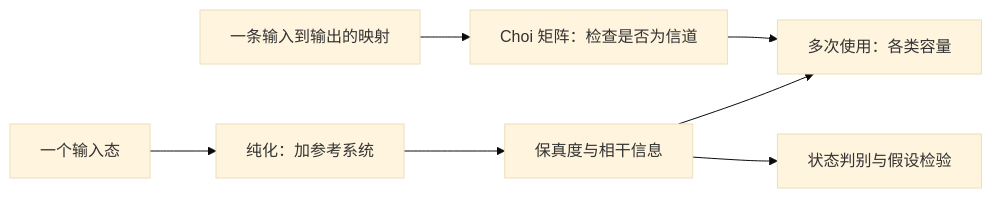
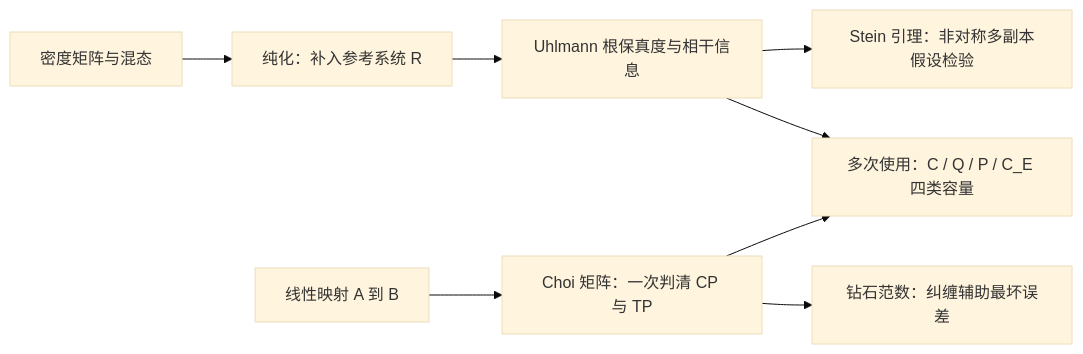
Before and after one commit to nanless/quantum-computing-handbook: the first of 4 diagrams in handbook/18-channels-capacities-complexity.md, drawn with Mermaid (base theme). The commit also changed other lines of this file and 386 other files, not shown here.

````diff
--- a/handbook/18-channels-capacities-complexity.md
+++ b/handbook/18-channels-capacities-complexity.md
@@ -22,9 +32,10 @@
 ```mermaid
 flowchart LR
-  A[一个输入态] --> B[纯化：加参考系统]
-  B --> C[保真度与相干信息]
-  D[一条输入到输出的映射] --> E[Choi 矩阵：检查是否为信道]
-  E --> F[多次使用：各类容量]
-  C --> F
-  C --> G[状态判别与假设检验]
+  A["密度矩阵与混态"] --> B["纯化：补入参考系统 R"]
+  B --> C["Uhlmann 根保真度与相干信息"]
+  D["线性映射 A 到 B"] --> E["Choi 矩阵：一次判清 CP 与 TP"]
+  E --> F["钻石范数：纠缠辅助最坏误差"]
+  E --> G["多次使用：C / Q / P / C_E 四类容量"]
+  C --> G
+  C --> H["Stein 引理：非对称多副本假设检验"]
 ```
````
